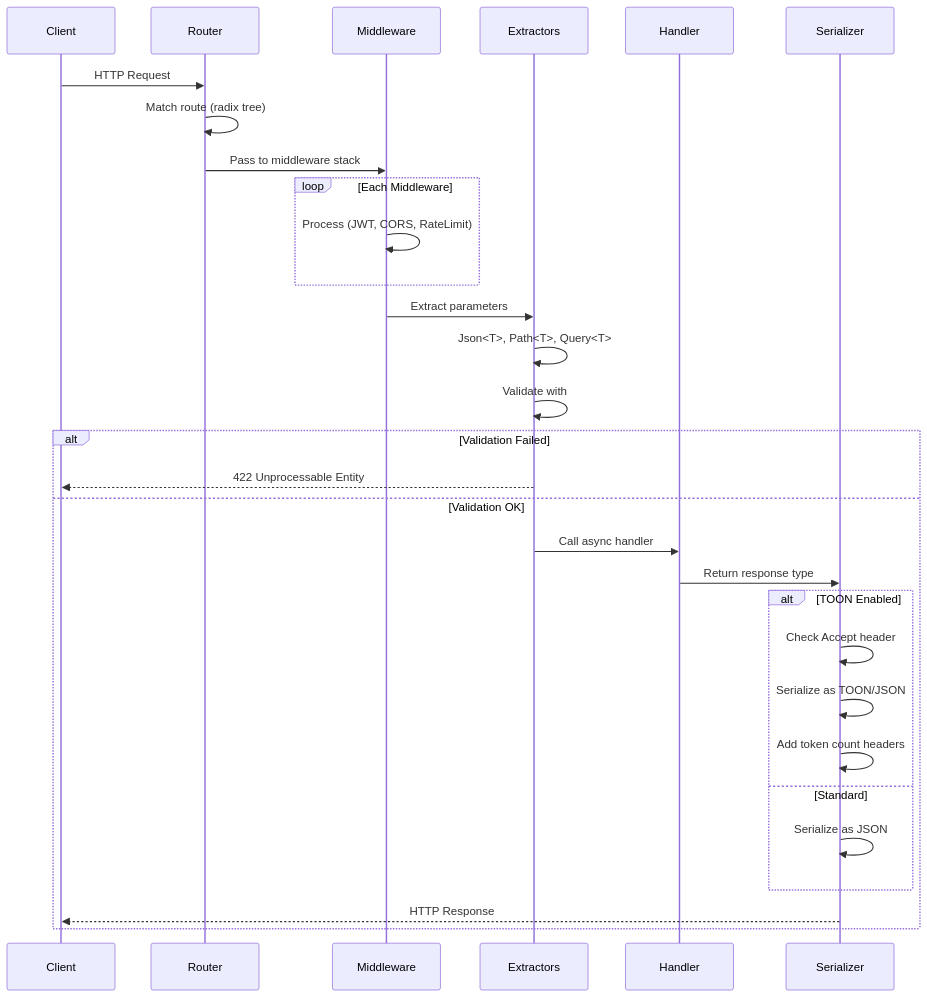
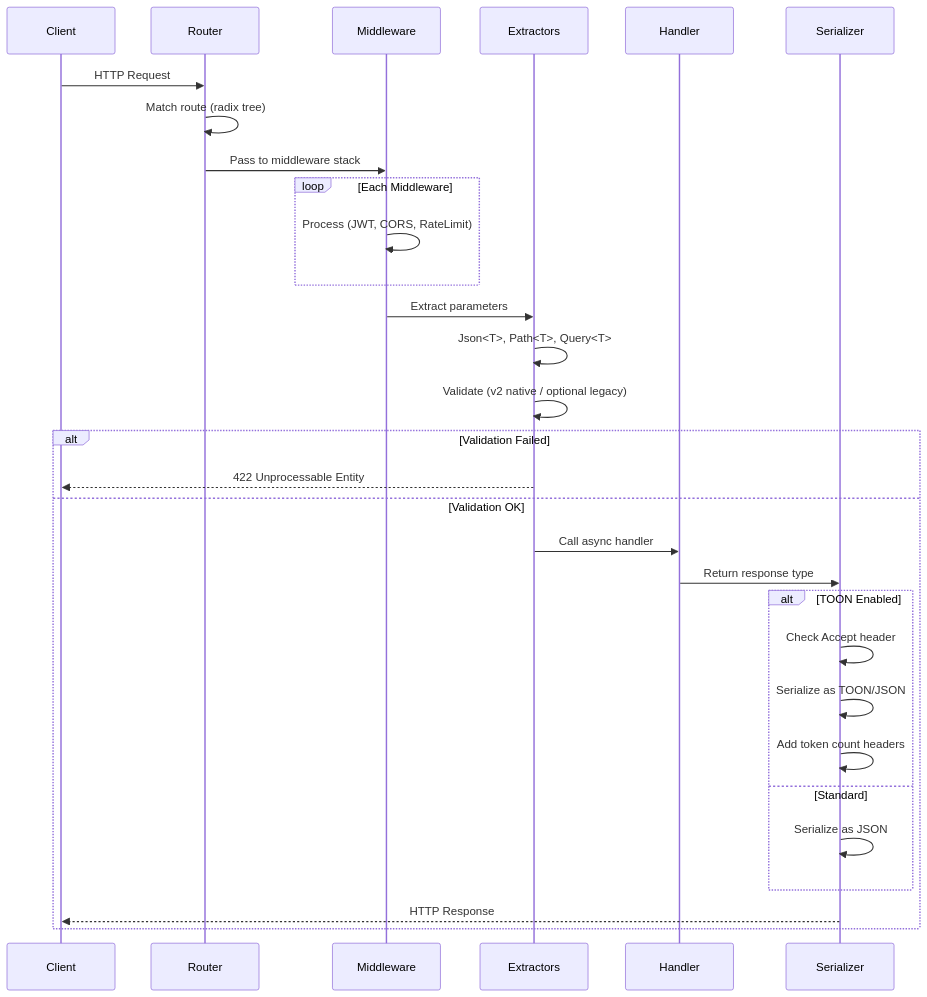
Before and after one commit to Tuntii/RustAPI: the second of 3 diagrams in docs/cookbook/src/architecture/system_overview.md, drawn with Mermaid. The commit also changed other lines of this file and 7 other files, not shown here.

````diff
--- a/docs/cookbook/src/architecture/system_overview.md
+++ b/docs/cookbook/src/architecture/system_overview.md
@@ -58,38 +58,38 @@
 ```mermaid
 sequenceDiagram
     participant C as Client
     participant R as Router
     participant M as Middleware
     participant E as Extractors
     participant H as Handler
     participant S as Serializer
 
     C->>R: HTTP Request
     R->>R: Match route (radix tree)
     R->>M: Pass to middleware stack
     
     loop Each Middleware
         M->>M: Process (JWT, CORS, RateLimit)
     end
     
     M->>E: Extract parameters
     E->>E: Json<T>, Path<T>, Query<T>
-    E->>E: Validate with #[validate]
+    E->>E: Validate (v2 native / optional legacy)
     
     alt Validation Failed
         E-->>C: 422 Unprocessable Entity
     else Validation OK
         E->>H: Call async handler
         H->>S: Return response type
         
         alt TOON Enabled
             S->>S: Check Accept header
             S->>S: Serialize as TOON/JSON
             S->>S: Add token count headers
         else Standard
             S->>S: Serialize as JSON
         end
         
         S-->>C: HTTP Response
     end
 ```
````
